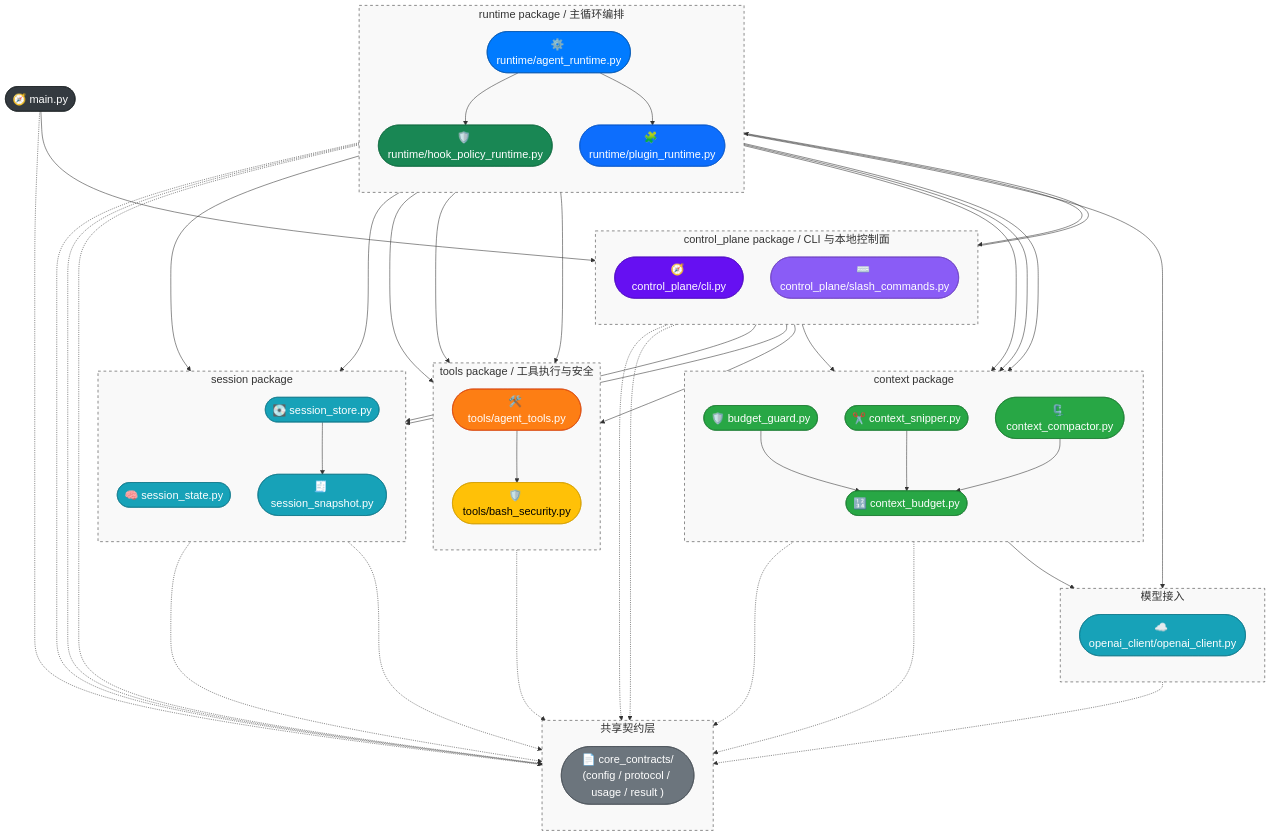
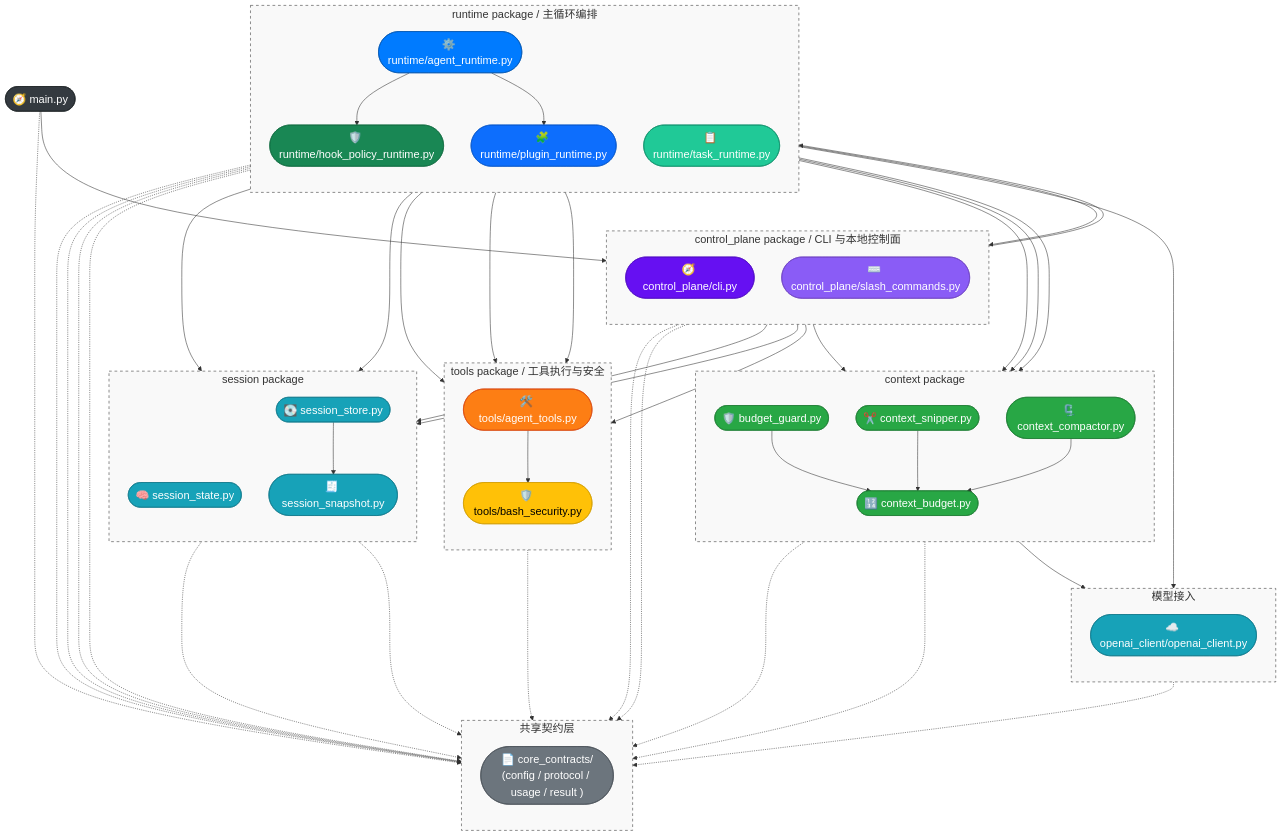
The diagram in docs/Architecture.md (WenXingming/ClawCodeAgent), drawn with Mermaid before and after one commit. The commit also changed other lines of this file and 4 other files, not shown here.

Commit message:
Feat: 实现工作区 Task Runtime，支持任务状态管理与持久化

```diff
--- a/docs/Architecture.md
+++ b/docs/Architecture.md
@@ -45,6 +45,7 @@
         direction TB
         n_hook_policy_runtime(["🛡️ runtime/hook_policy_runtime.py"])
         n_plugin_runtime(["🧩 runtime/plugin_runtime.py"])
+        n_task_runtime(["📋 runtime/task_runtime.py"])
         n_runtime(["⚙️ runtime/agent_runtime.py"])
         style Runtime fill:#f9f9f9,stroke:#333,stroke-dasharray: 5 5
     end
@@ -133,6 +134,7 @@
     n_runtime -.-> n_core_contracts
     n_hook_policy_runtime -.-> n_core_contracts
     n_plugin_runtime -.-> n_core_contracts
+    n_task_runtime -.-> n_core_contracts
     n_slash -.-> n_core_contracts
     n_tools -.-> n_core_contracts
     n_openai_client -.-> n_core_contracts
@@ -147,6 +149,7 @@
     style n_runtime fill:#007bff,color:#fff,stroke:#0056b3
     style n_hook_policy_runtime fill:#198754,color:#fff,stroke:#146c43
     style n_plugin_runtime fill:#0d6efd,color:#fff,stroke:#0a58ca
+    style n_task_runtime fill:#20c997,color:#fff,stroke:#0f8f6b
     style n_slash fill:#8a5cf6,color:#fff,stroke:#6f42c1
     style n_core_contracts fill:#6c757d,color:#fff,stroke:#495057
     style n_openai_client fill:#17a2b8,color:#fff,stroke:#117a8b
```
